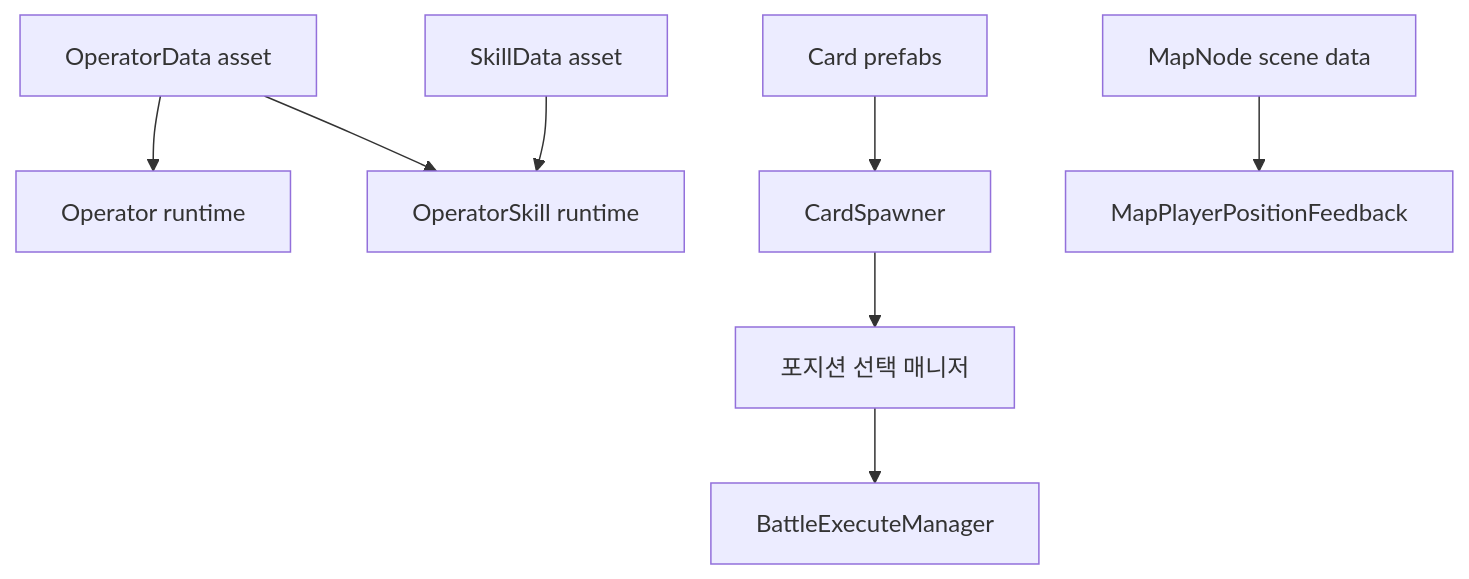
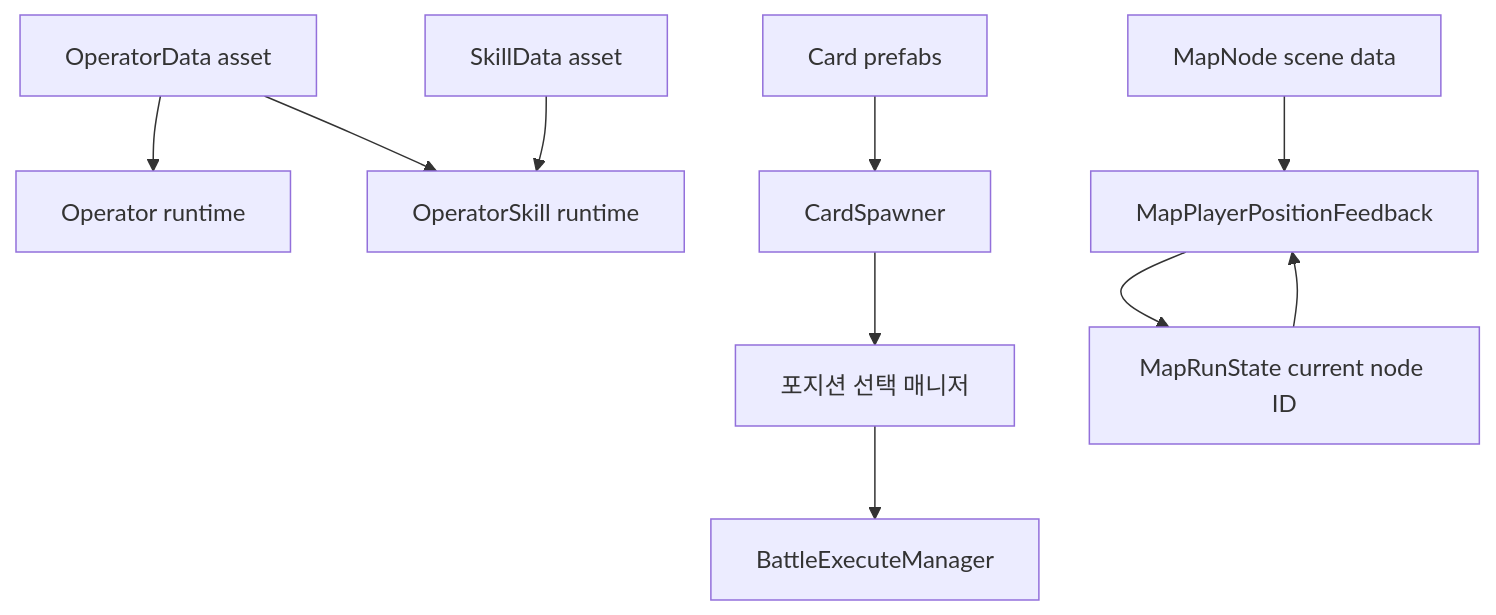
The diagram in wiki/02 데이터/현재 데이터 카탈로그.md (icrf-hot/Randint_Strategy_Record), drawn with Mermaid before and after one commit. The commit also changed other lines of this file and 24 other files, not shown here.

````diff
--- a/wiki/02 데이터/현재 데이터 카탈로그.md
+++ b/wiki/02 데이터/현재 데이터 카탈로그.md
@@ -63,10 +65,12 @@
 ```mermaid
 flowchart TD
     OD[OperatorData asset] --> O[Operator runtime]
     SD[SkillData asset] --> OS[OperatorSkill runtime]
     OD --> OS
     CardPrefab[Card prefabs] --> Spawner[CardSpawner]
     Spawner --> Selection[포지션 선택 매니저]
     Selection --> Battle[BattleExecuteManager]
     Node[MapNode scene data] --> Position[MapPlayerPositionFeedback]
+    Position --> RunState[MapRunState current node ID]
+    RunState --> Position
 ```
````
